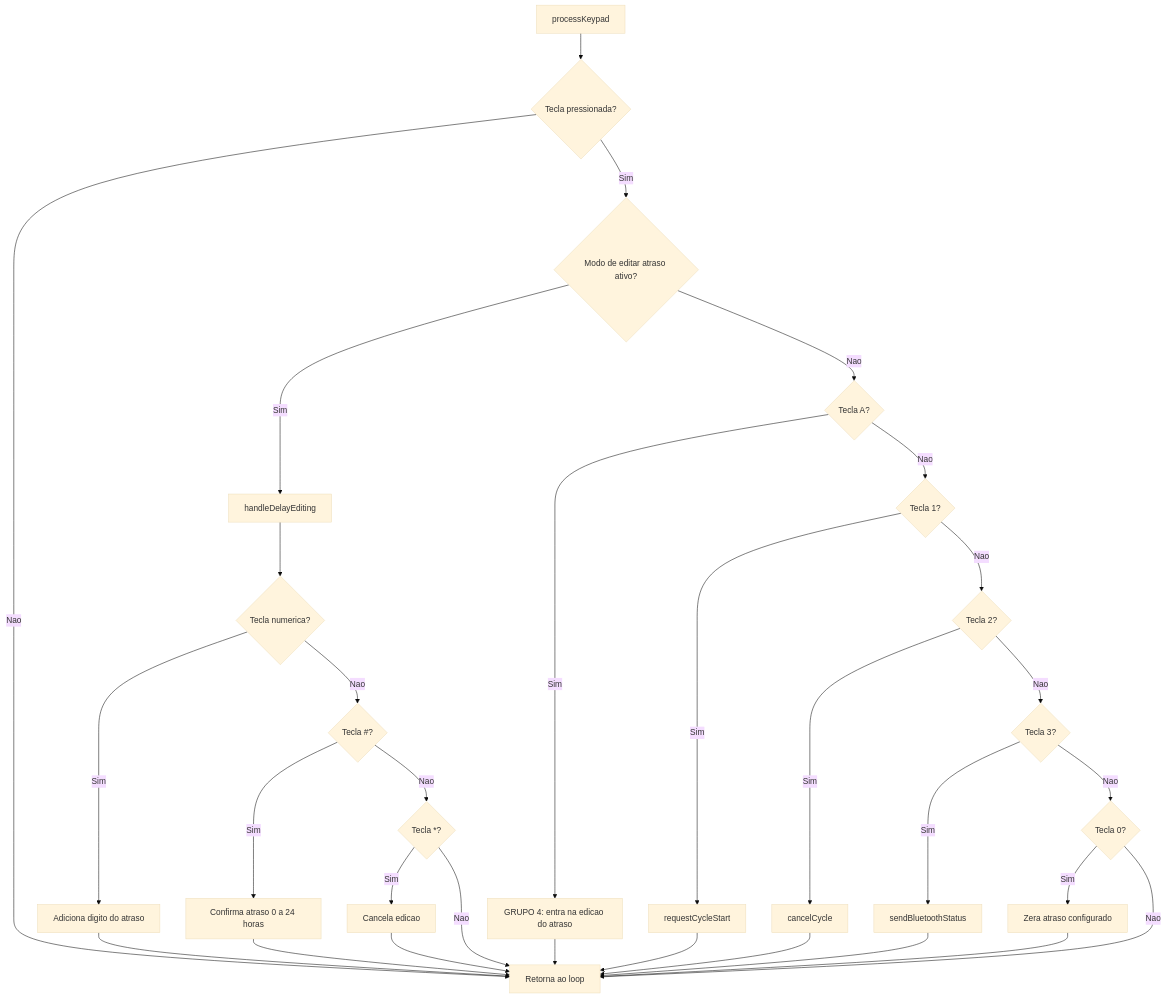
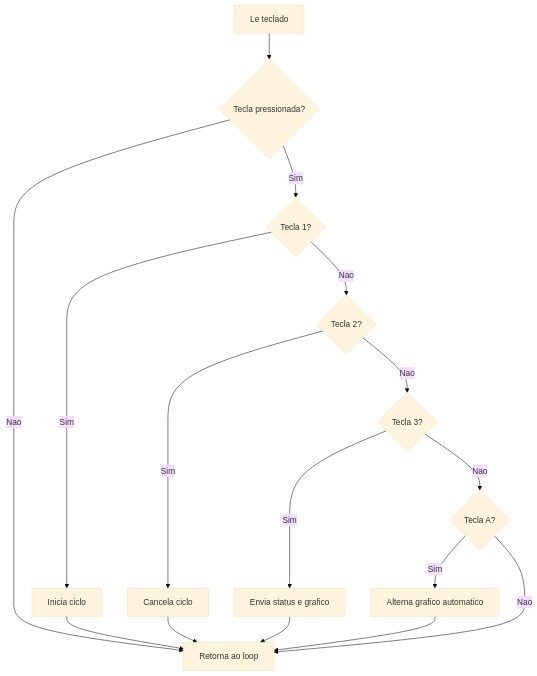
Before and after one commit to luciano-andrde/Projeto_Microcontroladores_Maquina: the second of 6 diagrams in Fluxograma.md, drawn with Mermaid (base theme). The commit also changed other lines of this file and 2 other files, not shown here.

````diff
--- a/Fluxograma.md
+++ b/Fluxograma.md
@@ -29,36 +27,18 @@
 ```mermaid
 flowchart TD
-  A[processKeypad] --> B{Tecla pressionada?}
+  A[Le teclado] --> B{Tecla pressionada?}
   B -- Nao --> Z[Retorna ao loop]
-  B -- Sim --> C{Modo de editar atraso ativo?}
-
-  C -- Sim --> D[handleDelayEditing]
-  D --> D1{Tecla numerica?}
-  D1 -- Sim --> D2[Adiciona digito do atraso]
-  D1 -- Nao --> D3{Tecla #?}
-  D3 -- Sim --> D4[Confirma atraso 0 a 24 horas]
-  D3 -- Nao --> D5{Tecla *?}
-  D5 -- Sim --> D6[Cancela edicao]
-  D5 -- Nao --> Z
-  D2 --> Z
-  D4 --> Z
-  D6 --> Z
-
-  C -- Nao --> E{Tecla A?}
-  E -- Sim --> F[GRUPO 4: entra na edicao do atraso]
-  E -- Nao --> G{Tecla 1?}
-  G -- Sim --> H[requestCycleStart]
-  G -- Nao --> I{Tecla 2?}
-  I -- Sim --> J[cancelCycle]
-  I -- Nao --> K{Tecla 3?}
-  K -- Sim --> L[sendBluetoothStatus]
-  K -- Nao --> M{Tecla 0?}
-  M -- Sim --> N[Zera atraso configurado]
-  M -- Nao --> Z
-
+  B -- Sim --> C{Tecla 1?}
+  C -- Sim --> D[Inicia ciclo]
+  C -- Nao --> E{Tecla 2?}
+  E -- Sim --> F[Cancela ciclo]
+  E -- Nao --> G{Tecla 3?}
+  G -- Sim --> H[Envia status e grafico]
+  G -- Nao --> I{Tecla A?}
+  I -- Sim --> J[Alterna grafico automatico]
+  I -- Nao --> Z
+  D --> Z
   F --> Z
   H --> Z
   J --> Z
-  L --> Z
-  N --> Z
 ```
````
